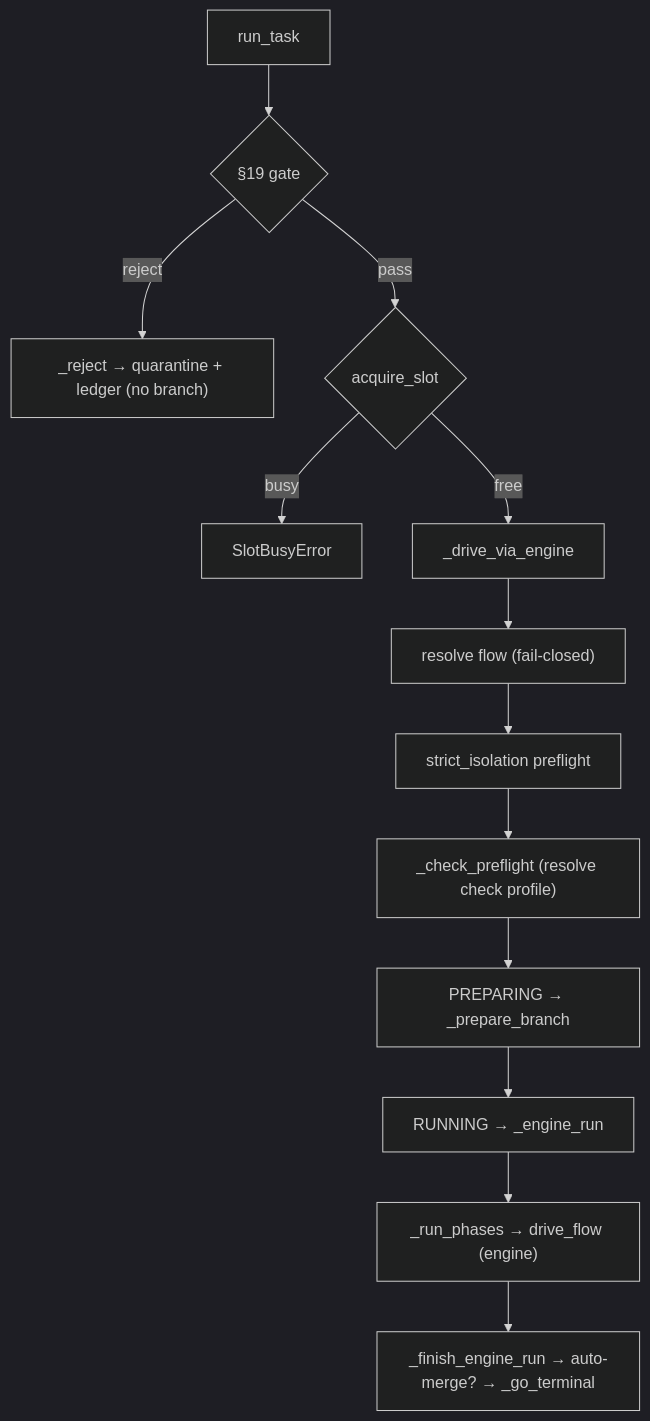
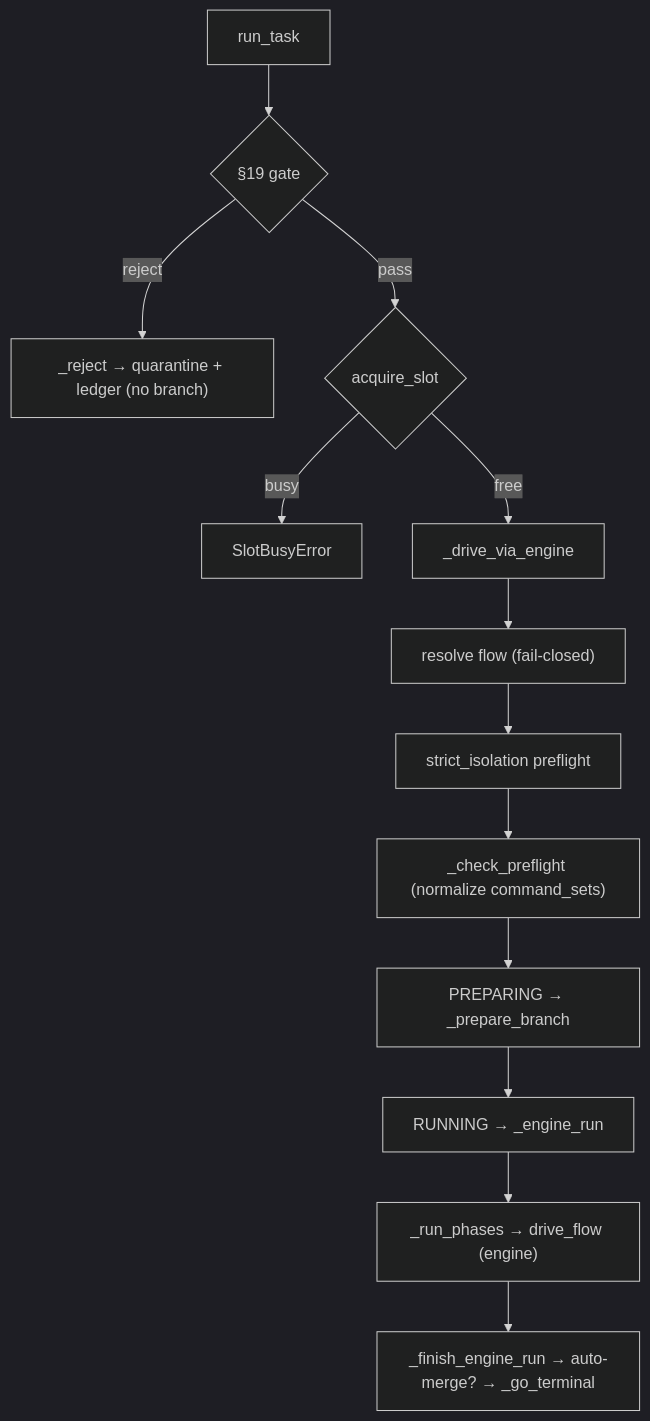
Before and after one commit to VladimirMakarevich/wastech-orchestrator: the diagram in docs/functional/blocks/B06-orchestrator-pipeline.md, drawn with Mermaid (dark theme). The commit also changed other lines of this file and 92 other files, not shown here.

First line of the commit message:
feat: refactor checks subsystem for monorepo support: remove discovery, introduce command_sets

````diff
--- a/docs/functional/blocks/B06-orchestrator-pipeline.md
+++ b/docs/functional/blocks/B06-orchestrator-pipeline.md
@@ -29,15 +29,15 @@
 ```mermaid
 flowchart TD
     rt["run_task"] --> gate{"§19 gate"}
     gate -->|reject| rej["_reject → quarantine + ledger (no branch)"]
     gate -->|pass| slot{"acquire_slot"}
     slot -->|busy| busy["SlotBusyError"]
     slot -->|free| drive["_drive_via_engine"]
     drive --> rflow["resolve flow (fail-closed)"]
     rflow --> iso["strict_isolation preflight"]
-    iso --> pre["_check_preflight (resolve check profile)"]
+    iso --> pre["_check_preflight (normalize command_sets)"]
     pre --> prep["PREPARING → _prepare_branch"]
     prep --> run["RUNNING → _engine_run"]
     run --> phases["_run_phases → drive_flow (engine)"]
     phases --> finish["_finish_engine_run → auto-merge? → _go_terminal"]
 ```
````
